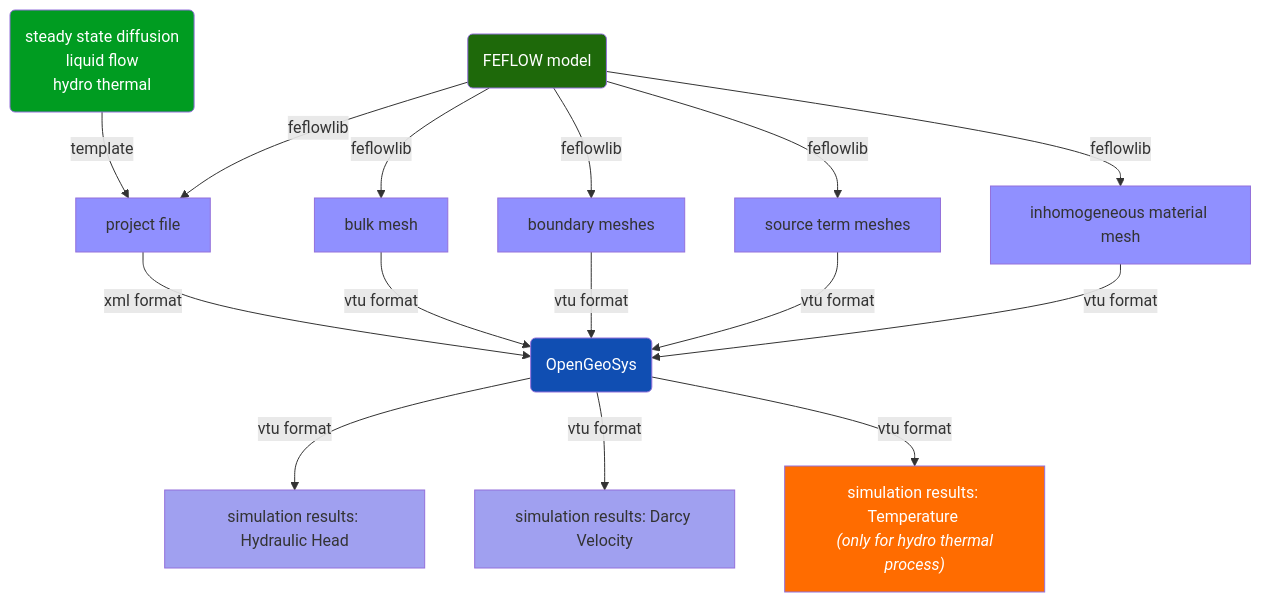
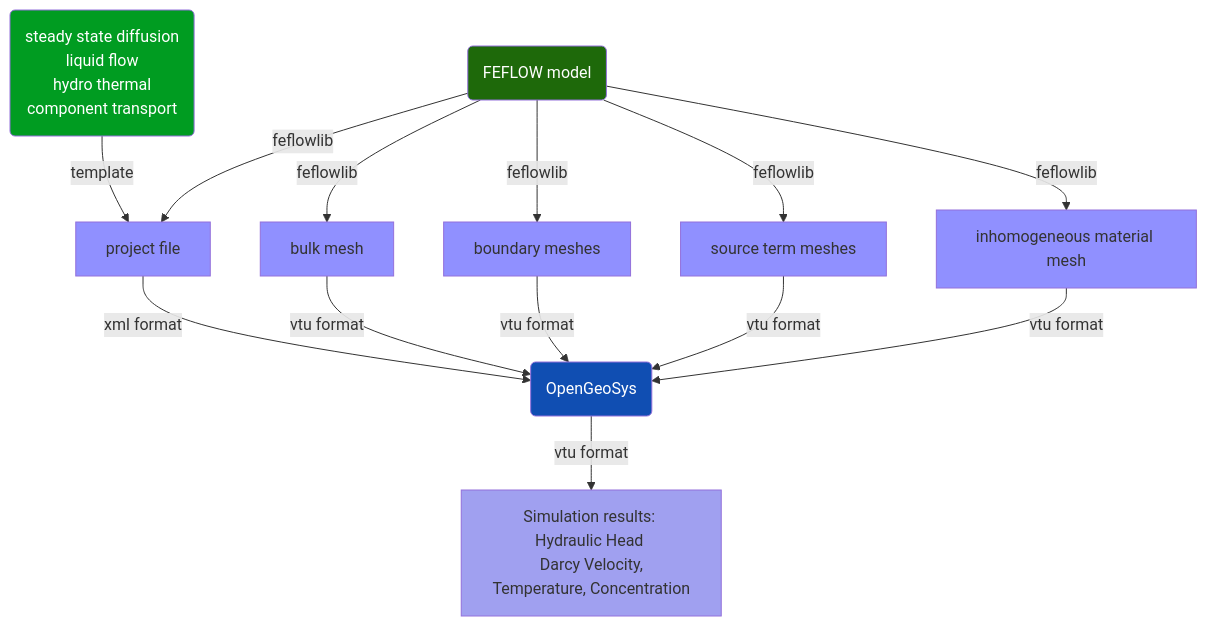
The diagram in docs/user-guide/feflowlib.md (ufz/ogstools), drawn with Mermaid before and after one commit. The commit also changed other lines of this file, not shown here.

````diff
--- a/docs/user-guide/feflowlib.md
+++ b/docs/user-guide/feflowlib.md
@@ -52,26 +54,23 @@
 ```{mermaid}
 graph TD
     FEFLOW(FEFLOW model):::FEFLOWStyle -->|feflowlib| OGS_PRJ:::InputStyle
     FEFLOW(FEFLOW model):::FEFLOWStyle -->|feflowlib| OGS_BULK:::InputStyle
     FEFLOW(FEFLOW model):::FEFLOWStyle -->|feflowlib| OGS_BOUNDARY:::InputStyle
     FEFLOW(FEFLOW model):::FEFLOWStyle -->|feflowlib| OGS_SOURCE:::InputStyle
     FEFLOW(FEFLOW model):::FEFLOWStyle -->|feflowlib| OGS_INHOMOGENEOUS:::InputStyle
-    SSD(steady state diffusion <br> liquid flow <br> hydro thermal):::TemplateStyle -->|template| OGS_PRJ:::InputStyle
+    SSD(steady state diffusion <br> liquid flow <br> hydro thermal <br> component transport):::TemplateStyle -->|template| OGS_PRJ:::InputStyle
     OGS_PRJ[project file]:::InputStyle -->|xml format| OGS
     OGS_BULK[bulk mesh]:::InputStyle -->|vtu format| OGS
     OGS_BOUNDARY[boundary meshes]:::InputStyle -->|vtu format| OGS
     OGS_INHOMOGENEOUS[inhomogeneous material mesh]:::InputStyle -->|vtu format| OGS
     OGS_SOURCE[source term meshes]:::InputStyle -->|vtu format| OGS
-    OGS(OpenGeoSys):::OGSStyle -->|vtu format| OGS_PRESSURE[simulation results: Hydraulic Head]:::OGSOutputStyle
-    OGS -->|vtu format| OGS_VELO[simulation results: Darcy Velocity]:::OGSOutputStyle
-    OGS -->|vtu format| OGS_TEMP["simulation results: Temperature <br> <i>(only for hydro thermal process)</i>"]:::TempOutputStlye
+    OGS(OpenGeoSys):::OGSStyle -->|vtu format| OGS_PRESSURE[Simulation results: Hydraulic Head <br> Darcy Velocity, Temperature, Concentration]:::OGSOutputStyle
 
 
 classDef InputStyle fill:#9090ff
 classDef OGSStyle fill:#104eb2, color:#ffffff
 classDef FEFLOWStyle fill:#1e690a, color:#ffffff
 classDef feflowlibStyle fill:#081f6a, color:#ffffff
 classDef OGSOutputStyle fill:#a0a0f0
 classDef TemplateStyle fill:#009c21, color:#ffffff
-classDef TempOutputStlye fill:#ff6c00, color:#ffffff
 ```
````
